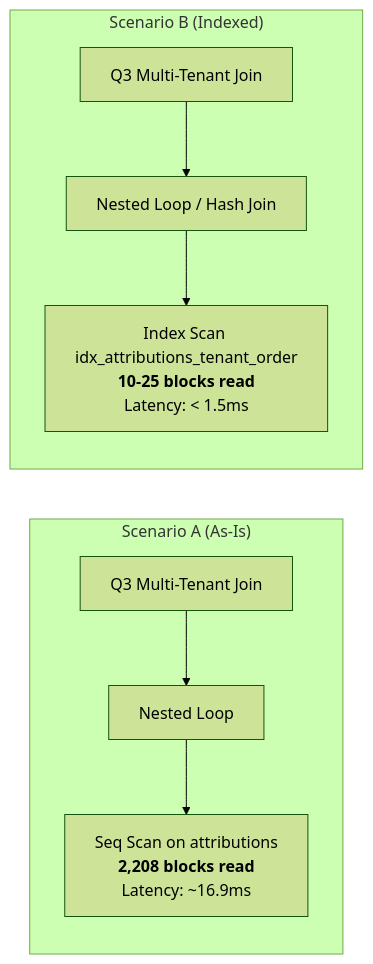
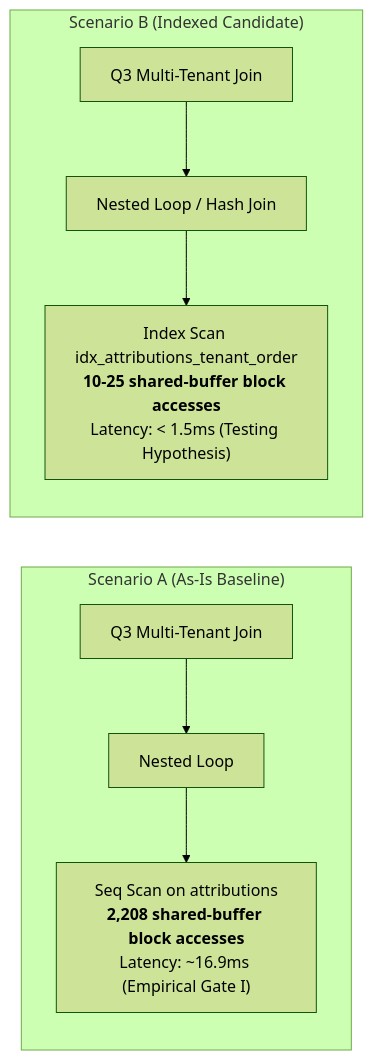
The third of 4 diagrams in docs/benchmarks/GATE_II_CONCURRENCY_AND_INDEX_PLAN.md (B055OB/boontrack-core), drawn with Mermaid (forest theme) before and after one commit. The commit also changed other lines of this file and 2 other files, not shown here.

Commit message:
docs(benchmarks): revise gate II plan per CTO review and add offline harness prototype

````diff
--- a/docs/benchmarks/GATE_II_CONCURRENCY_AND_INDEX_PLAN.md
+++ b/docs/benchmarks/GATE_II_CONCURRENCY_AND_INDEX_PLAN.md
@@ -117,14 +130,14 @@
 ```mermaid
 flowchart LR
-    subgraph Scenario_A["Scenario A (As-Is)"]
+    subgraph Scenario_A["Scenario A (As-Is Baseline)"]
         direction TB
         Q3_A["Q3 Multi-Tenant Join"] --> NL_A["Nested Loop"]
-        NL_A --> SCAN_A["Seq Scan on attributions<br/><b>2,208 blocks read</b><br/>Latency: ~16.9ms"]
+        NL_A --> SCAN_A["Seq Scan on attributions<br/><b>2,208 shared-buffer block accesses</b><br/>Latency: ~16.9ms (Empirical Gate I)"]
     end
 
-    subgraph Scenario_B["Scenario B (Indexed)"]
+    subgraph Scenario_B["Scenario B (Indexed Candidate)"]
         direction TB
         Q3_B["Q3 Multi-Tenant Join"] --> NL_B["Nested Loop / Hash Join"]
-        NL_B --> IDX_B["Index Scan idx_attributions_tenant_order<br/><b>10-25 blocks read</b><br/>Latency: < 1.5ms"]
+        NL_B --> IDX_B["Index Scan idx_attributions_tenant_order<br/><b>10-25 shared-buffer block accesses</b><br/>Latency: < 1.5ms (Testing Hypothesis)"]
     end
 ```
````
